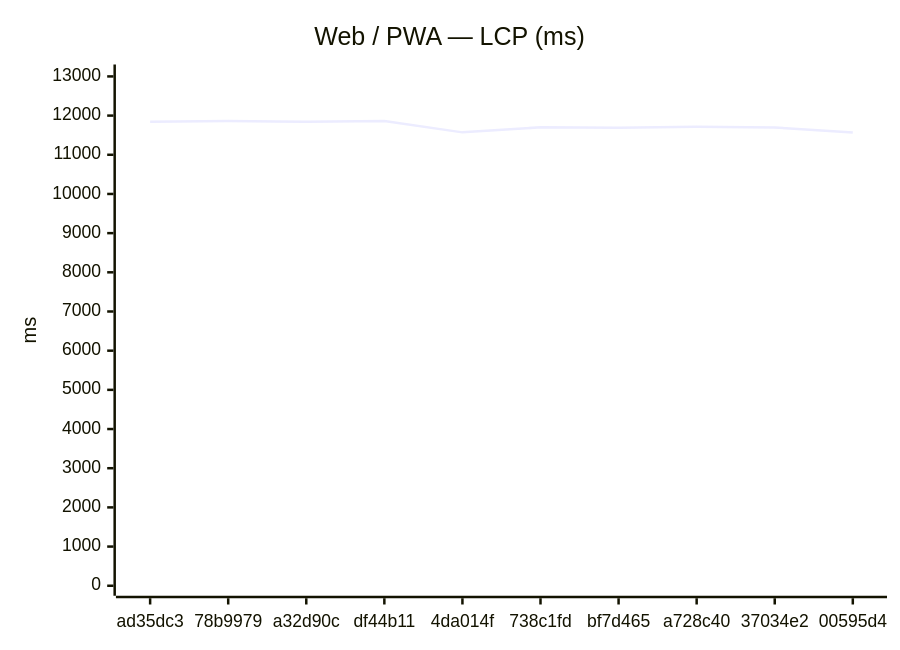
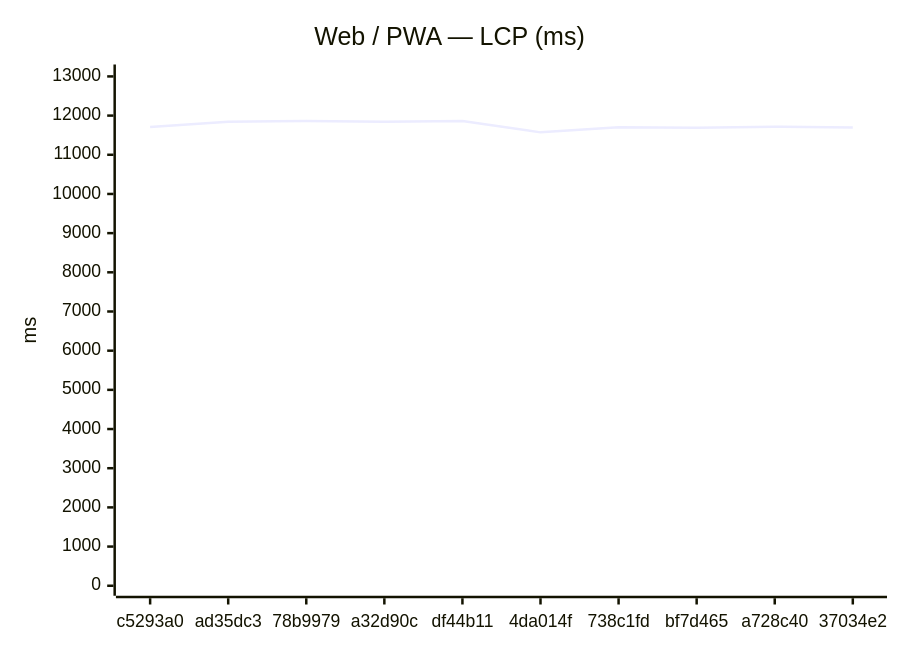
The first of 24 diagrams in benchmarks/compare.md (Metaheurist/Rianell), drawn with Mermaid before and after one commit. The commit also changed other lines of this file and 14 other files, not shown here.

````diff
--- a/benchmarks/compare.md
+++ b/benchmarks/compare.md
@@ -24,7 +24,7 @@
 ```mermaid
 xychart-beta
     title "Web / PWA — LCP (ms)"
-    x-axis ["ad35dc3", "78b9979", "a32d90c", "df44b11", "4da014f", "738c1fd", "bf7d465", "a728c40", "37034e2", "00595d4"]
+    x-axis ["c5293a0", "ad35dc3", "78b9979", "a32d90c", "df44b11", "4da014f", "738c1fd", "bf7d465", "a728c40", "37034e2"]
     y-axis "ms" 0 --> 13049
-    line [11844, 11862, 11845, 11860, 11572, 11701, 11691, 11716, 11698, 11566]
+    line [11707, 11844, 11862, 11845, 11860, 11572, 11701, 11691, 11716, 11698]
 ```
````
